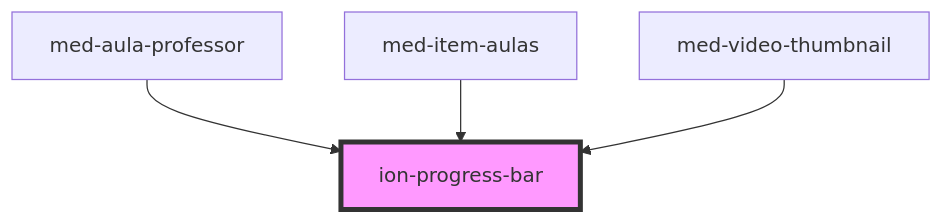
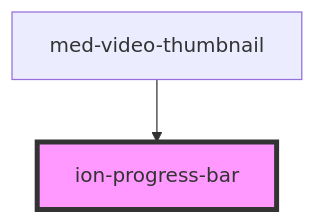
One commit to MEDGRUPOGIT/ionic-framework-1 changed the diagram in core/src/components/progress-bar/readme.md. Above: the diagram before and after it, drawn with Mermaid. The commit also changed other lines of this file and 486 other files, not shown here.

````diff
--- a/core/src/components/progress-bar/readme.md
+++ b/core/src/components/progress-bar/readme.md
@@ -164,7 +162,5 @@
 ```mermaid
 graph TD;
-  med-aula-professor --> ion-progress-bar
-  med-item-aulas --> ion-progress-bar
   med-video-thumbnail --> ion-progress-bar
   style ion-progress-bar fill:#f9f,stroke:#333,stroke-width:4px
 ```
````
